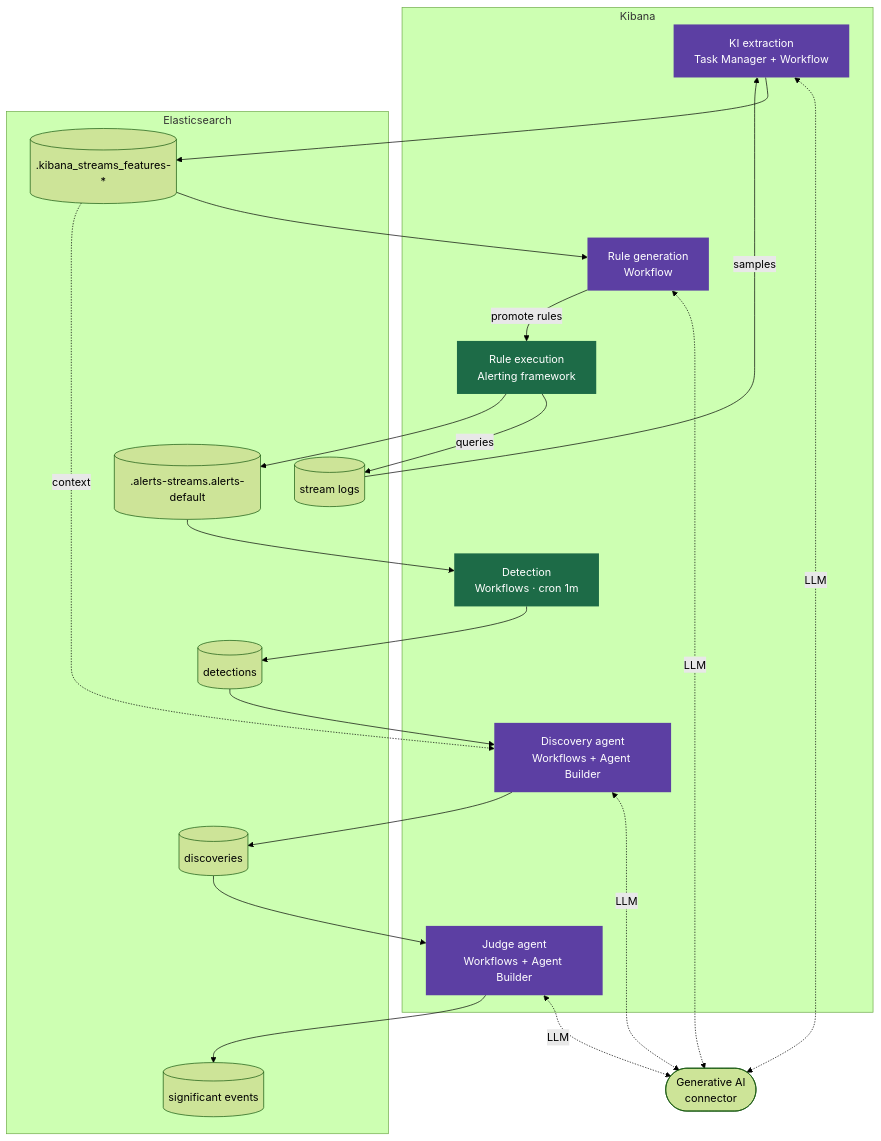
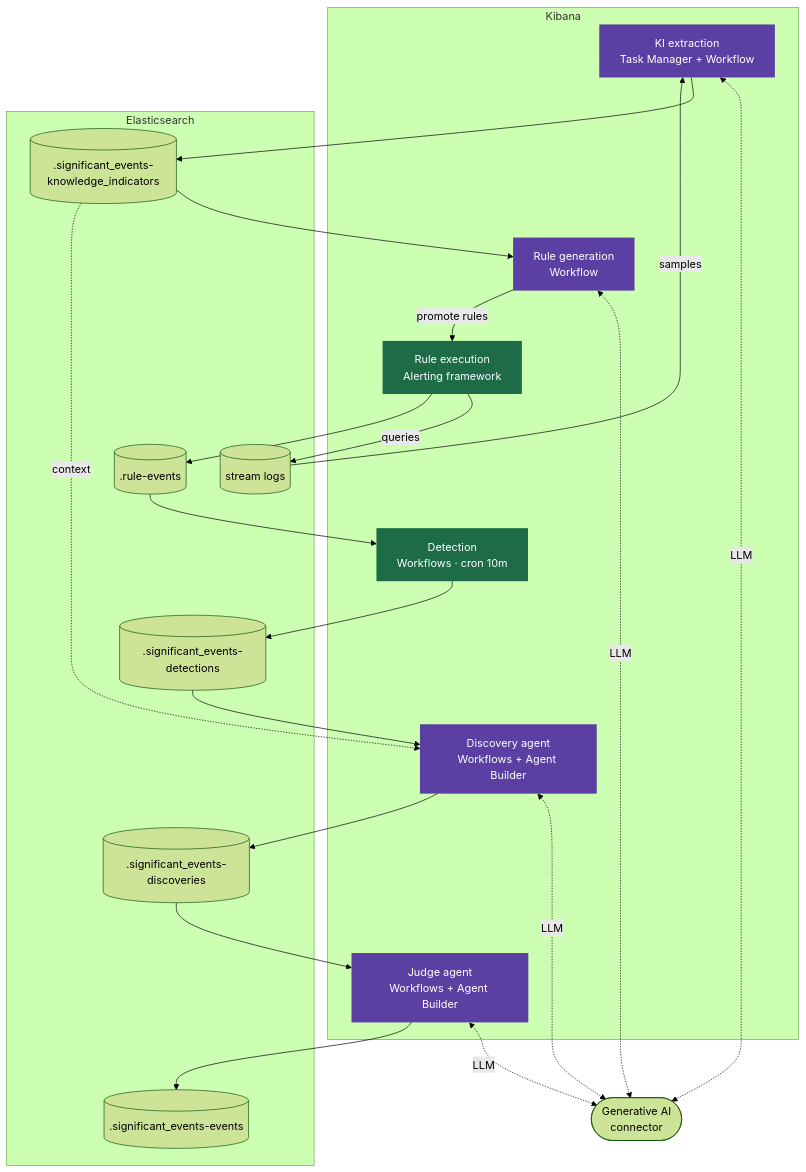
One commit to mdbirnstiehl/docs-content changed the diagram in solutions/observability/streams/significant-events/how-it-works.md. Above: the diagram before and after it, drawn with Mermaid (forest theme). The commit also changed other lines of this file and 3 other files, not shown here.

````diff
--- a/solutions/observability/streams/significant-events/how-it-works.md
+++ b/solutions/observability/streams/significant-events/how-it-works.md
@@ -29,45 +29,45 @@
 ```mermaid
 flowchart TD
     LLM(["Generative AI<br/>connector"])
 
     subgraph KB["Kibana"]
         KI["KI extraction<br/>Task Manager + Workflow"]
         RG["Rule generation<br/>Workflow"]
         RE["Rule execution<br/>Alerting framework"]
-        DW["Detection<br/>Workflows · cron 1m"]
+        DW["Detection<br/>Workflows · cron 10m"]
         DA["Discovery agent<br/>Workflows + Agent Builder"]
         JA["Judge agent<br/>Workflows + Agent Builder"]
     end
 
     subgraph ES["Elasticsearch"]
         LOGS[("stream logs")]
-        FEAT[(".kibana_streams_features-*")]
-        ALRT[(".alerts-streams.alerts-default")]
-        DETS[("detections")]
-        DISC[("discoveries")]
-        EVTS[("significant events")]
+        FEAT[(".significant_events-knowledge_indicators")]
+        ALRT[(".rule-events")]
+        DETS[(".significant_events-detections")]
+        DISC[(".significant_events-discoveries")]
+        EVTS[(".significant_events-events")]
     end
 
     LOGS -->|samples| KI
     KI <-.->|LLM| LLM
     KI --> FEAT
     FEAT --> RG
     RG <-.->|LLM| LLM
     RG -->|promote rules| RE
     RE -->|queries| LOGS
     RE --> ALRT
     ALRT --> DW
     DW --> DETS
     DETS --> DA
     FEAT -.->|context| DA
     DA <-.->|LLM| LLM
     DA --> DISC
     DISC --> JA
     JA <-.->|LLM| LLM
     JA --> EVTS
 
     classDef llm fill:#5c3fa3,color:#fff,stroke:none
     classDef det fill:#1d6b47,color:#fff,stroke:none
     class KI,RG,DA,JA llm
     class RE,DW det
 ```
````
